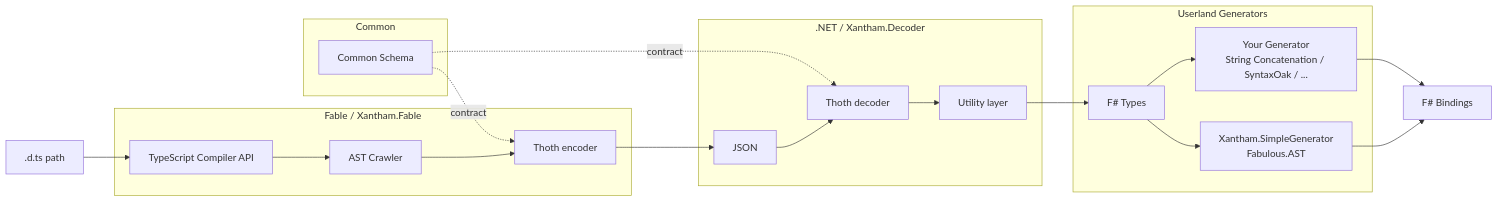
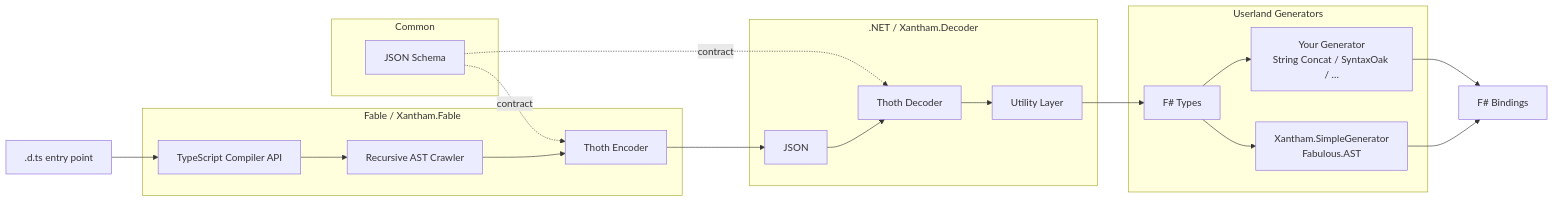
The second of 2 diagrams in README.md (shayanhabibi/Xantham), drawn with Mermaid before and after one commit. The commit also changed other lines of this file and 1 other file, not shown here.

````diff
--- a/README.md
+++ b/README.md
@@ -28,34 +47,34 @@
 ```mermaid
 flowchart LR
-    input[.d.ts path] --> tsc
+    input[.d.ts entry point] --> tsc
 
     subgraph Fable / Xantham.Fable
         tsc[TypeScript Compiler API]
-        crawler[AST Crawler]
-        thoth_enc[Thoth encoder]
+        crawler[Recursive AST Crawler]
+        thoth_enc[Thoth Encoder]
         tsc --> crawler --> thoth_enc
     end
 
     subgraph Common
-        schema[Common Schema]
+        schema[JSON Schema]
     end
 
     schema -.->|contract| thoth_enc
     schema -.->|contract| thoth_dec
 
     thoth_enc --> json[JSON]
 
     subgraph .NET / Xantham.Decoder
-        json --> thoth_dec[Thoth decoder]
-        thoth_dec --> util[Utility layer]
+        json --> thoth_dec[Thoth Decoder]
+        thoth_dec --> util[Utility Layer]
     end
 
     util --> types[F# Types]
 
     subgraph Userland Generators
         types --> gen1[Xantham.SimpleGenerator\nFabulous.AST]
-        types --> gen2[Your Generator\nString Concatenation / SyntaxOak / ...]
+        types --> gen2[Your Generator\nString Concat / SyntaxOak / …]
     end
 
     gen1 & gen2 --> out[F# Bindings]
 ```
````
